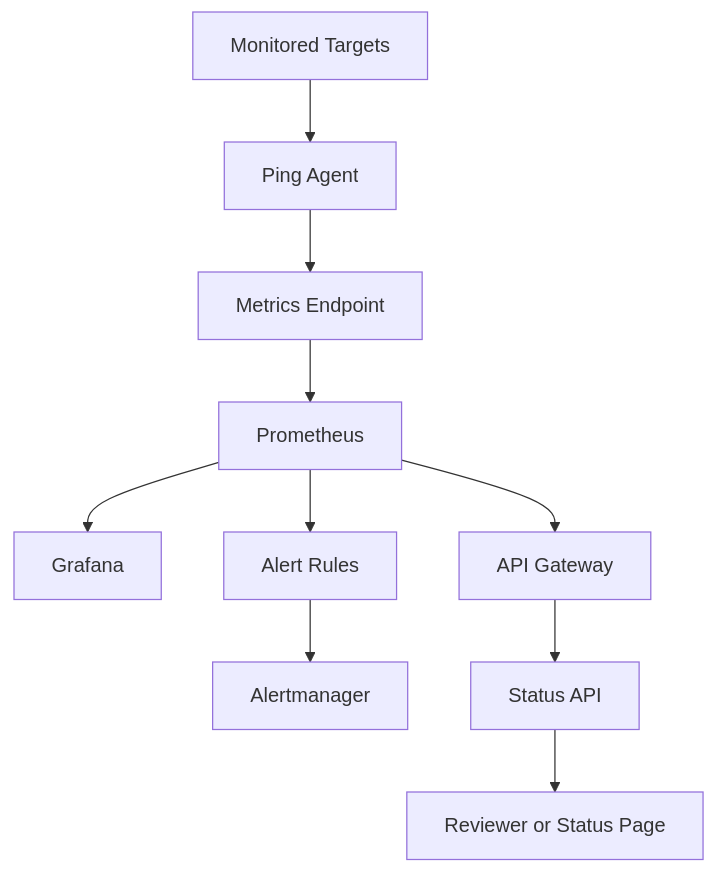
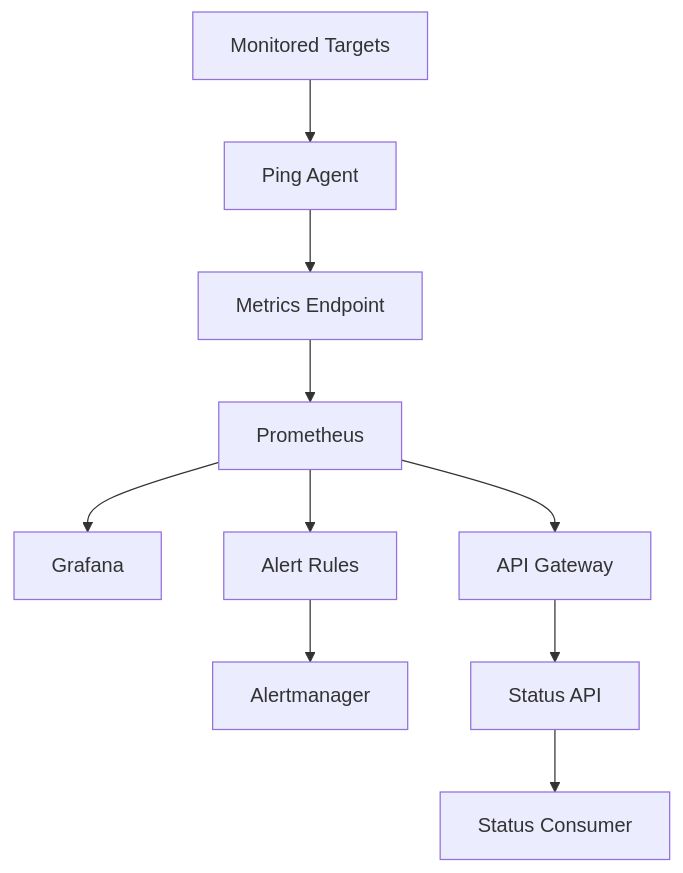
The diagram in README.md (fattah247/UpTimePulse), drawn with Mermaid before and after one commit. The commit also changed other lines of this file and 13 other files, not shown here.

````diff
--- a/README.md
+++ b/README.md
@@ -43,12 +43,12 @@
 ```mermaid
 flowchart TD
     A[Monitored Targets] --> B[Ping Agent]
     B --> C[Metrics Endpoint]
     C --> D[Prometheus]
     D --> E[Grafana]
     D --> F[Alert Rules]
     F --> G[Alertmanager]
     D --> H[API Gateway]
     H --> I[Status API]
-    I --> J[Reviewer or Status Page]
+    I --> J[Status Consumer]
 ```
````
